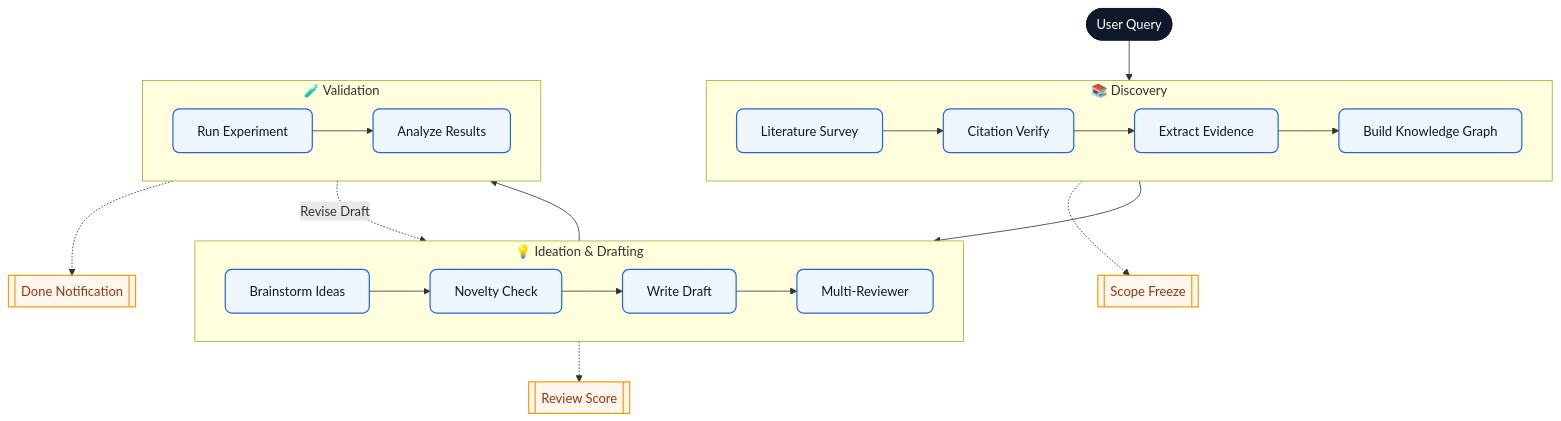
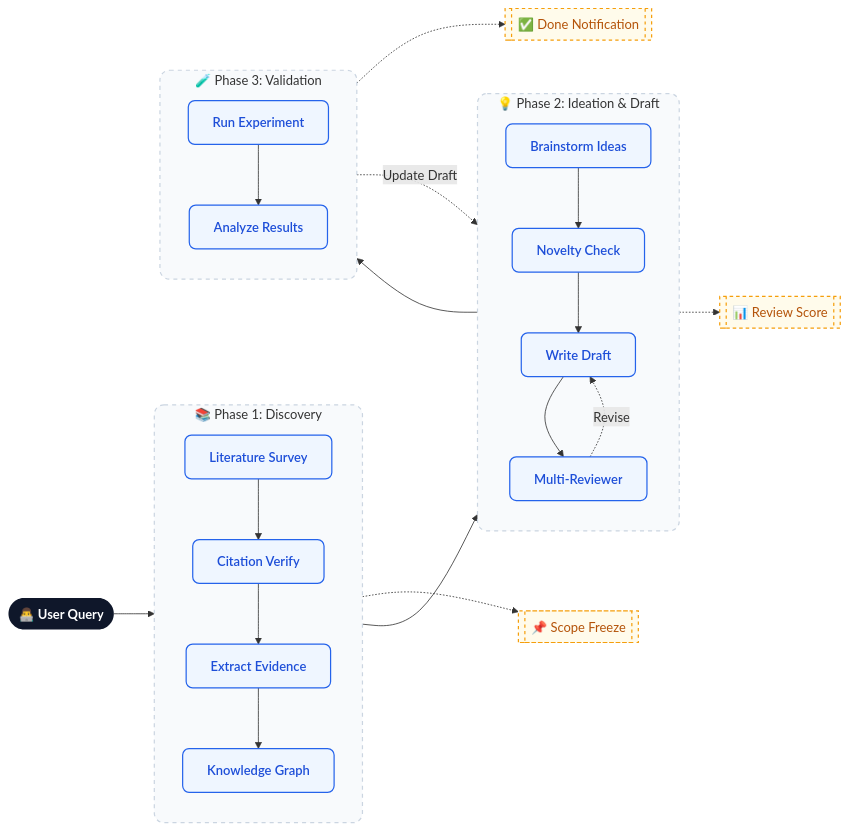
One commit to ChunqiGuo02/NeXus changed the diagram in README.md. Above: the diagram before and after it, drawn with Mermaid.

````diff
--- a/README.md
+++ b/README.md
@@ -24,32 +24,50 @@
 ```mermaid
-flowchart TD
-    classDef entry fill:#0f172a,color:#ffffff,stroke:#0f172a,stroke-width:1px,rx:10,ry:10
-    classDef step fill:#eff6ff,stroke:#2563eb,stroke-width:1.5px,rx:8,ry:8,color:#0f172a
-    classDef note fill:#fff7ed,stroke:#f59e0b,stroke-width:1.5px,rx:8,ry:8,color:#9a3412
+flowchart LR
+    classDef entry fill:#0f172a,color:#ffffff,stroke:none,rx:10,ry:10,font-weight:bold
+    classDef step fill:#eff6ff,stroke:#2563eb,stroke-width:1.5px,rx:8,ry:8,color:#1d4ed8,font-weight:600
+    classDef note fill:#fffbeb,stroke:#f59e0b,stroke-width:1.5px,stroke-dasharray: 4 4,rx:6,ry:6,color:#b45309
+    
+    style Discovery fill:#f8fafc,stroke:#cbd5e1,stroke-width:1.5px,stroke-dasharray: 5 5,rx:12,ry:12
+    style Ideation fill:#f8fafc,stroke:#cbd5e1,stroke-width:1.5px,stroke-dasharray: 5 5,rx:12,ry:12
+    style Validation fill:#f8fafc,stroke:#cbd5e1,stroke-width:1.5px,stroke-dasharray: 5 5,rx:12,ry:12
 
-    U(["User Query"]):::entry
+    U(["👨‍💻 User Query"]):::entry
 
-    subgraph P1["📚 Discovery"]
-        direction LR
-        S["Literature Survey"]:::step --> V["Citation Verify"]:::step --> E["Extract Evidence"]:::step --> K["Build Knowledge Graph"]:::step
+    subgraph Discovery ["📚 Phase 1: Discovery"]
+        direction TB
+        S["Literature Survey"]:::step 
+        V["Citation Verify"]:::step 
+        E["Extract Evidence"]:::step 
+        K["Knowledge Graph"]:::step
+        S --> V --> E --> K
     end
 
-    subgraph P2["💡 Ideation & Drafting"]
-        direction LR
-        B["Brainstorm Ideas"]:::step --> N["Novelty Check"]:::step --> D["Write Draft"]:::step --> M["Multi-Reviewer"]:::step
+    subgraph Ideation ["💡 Phase 2: Ideation & Draft"]
+        direction TB
+        B["Brainstorm Ideas"]:::step 
+        N["Novelty Check"]:::step 
+        D["Write Draft"]:::step 
+        M["Multi-Reviewer"]:::step
+        B --> N --> D --> M
     end
 
-    subgraph P3["🧪 Validation"]
-        direction LR
-        R["Run Experiment"]:::step --> A["Analyze Results"]:::step
+    subgraph Validation ["🧪 Phase 3: Validation"]
+        direction TB
+        R["Run Experiment"]:::step 
+        A["Analyze Results"]:::step 
+        R --> A
     end
 
-    U --> S
-    K --> B
-    M --> R
-    A -. "Revise Draft" .-> D
+    U --> Discovery
+    Discovery --> Ideation
+    Ideation --> Validation
 
-    K -.-> N1[["Scope Freeze"]]:::note
-    M -.-> N2[["Review Score"]]:::note
-    A -.-> N3[["Done Notification"]]:::note
+    %% Outputs & Artifacts
+    K -.-> N1[["📌 Scope Freeze"]]:::note
+    M -.-> N2[["📊 Review Score"]]:::note
+    A -.-> N3[["✅ Done Notification"]]:::note
+
+    %% Auto-revision loops
+    M -. "Revise" .-> D
+    A -. "Update Draft" .-> D
 ```
````
